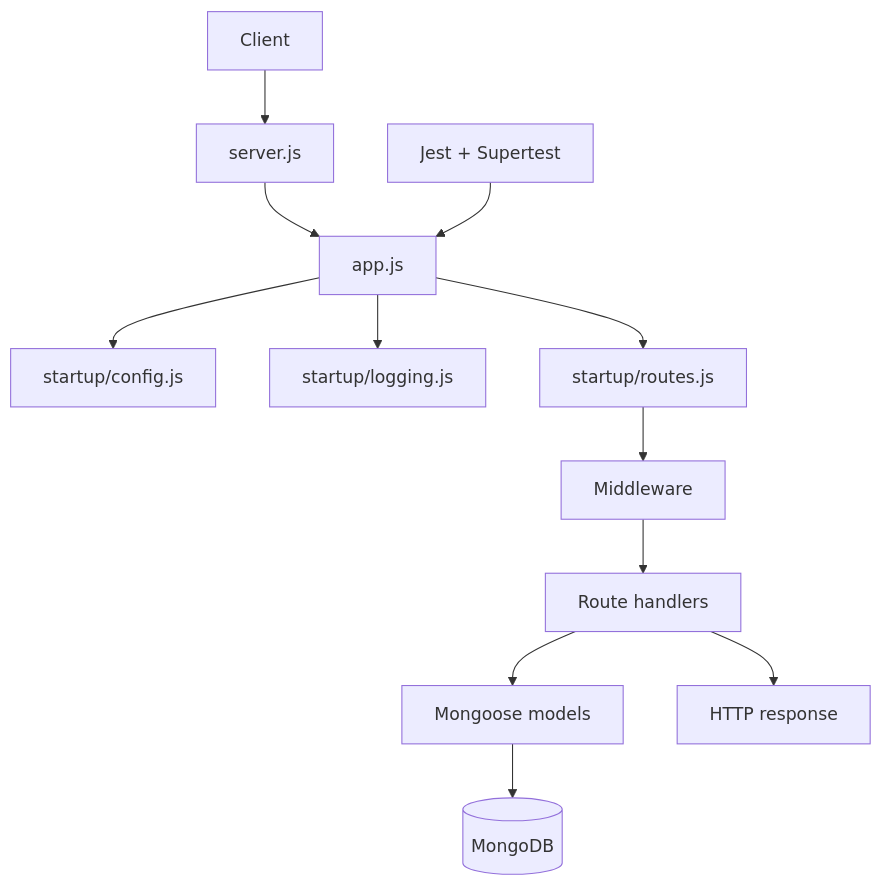
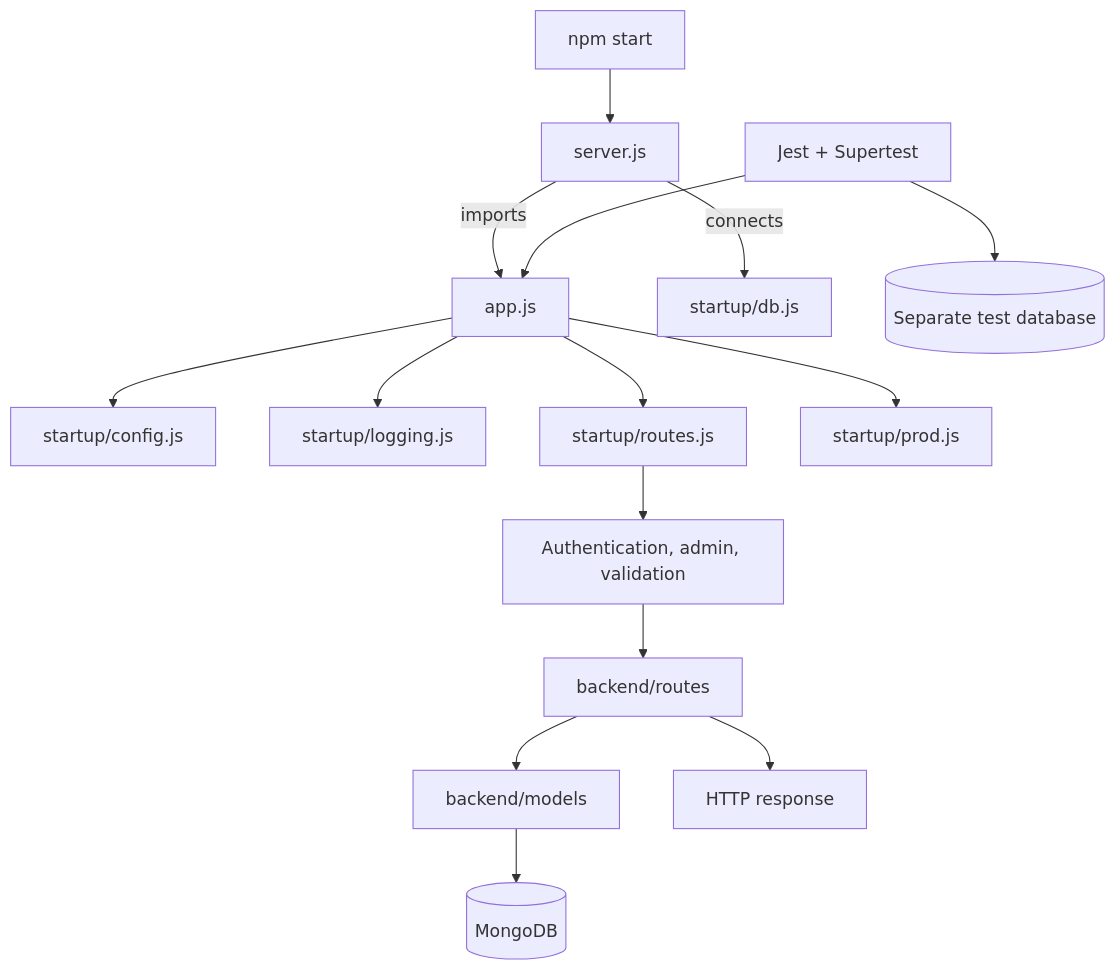
One commit to silalkhan/vidly-full-stack changed the first of 7 diagrams in backend/README.md. Above: the diagram before and after it, drawn with Mermaid. The commit also changed other lines of this file and 2 other files, not shown here.

Commit message:
docs: add project diagrams and screenshots

````diff
--- a/backend/README.md
+++ b/backend/README.md
@@ -19,14 +19,17 @@
 ```mermaid
 flowchart TD
-    A[Client] --> B[server.js]
-    B --> C[app.js]
-    C --> D[startup/config.js]
-    C --> E[startup/logging.js]
-    C --> F[startup/routes.js]
-    F --> G[Middleware]
-    G --> H[Route handlers]
-    H --> I[Mongoose models]
-    I --> J[(MongoDB)]
-    H --> K[HTTP response]
-    L[Jest + Supertest] --> C
+    Start["npm start"] --> Server["server.js"]
+    Server -->|imports| App["app.js"]
+    Server -->|connects| DBStart["startup/db.js"]
+    App --> Config["startup/config.js"]
+    App --> Logging["startup/logging.js"]
+    App --> Routes["startup/routes.js"]
+    App --> Production["startup/prod.js"]
+    Routes --> Middleware["Authentication, admin, validation"]
+    Middleware --> Handlers["backend/routes"]
+    Handlers --> Models["backend/models"]
+    Models --> Mongo[("MongoDB")]
+    Handlers --> Response["HTTP response"]
+    Tests["Jest + Supertest"] --> App
+    Tests --> TestDB[("Separate test database")]
 ```
````
